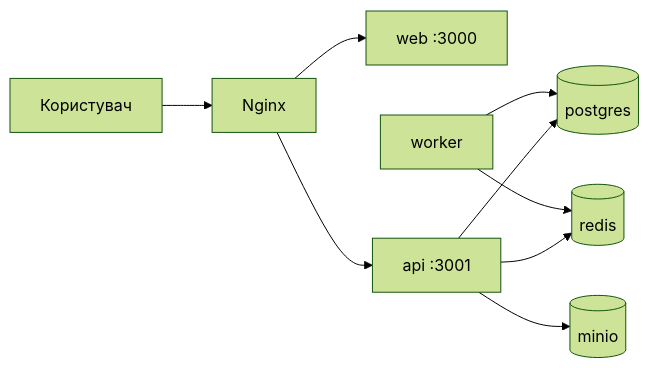
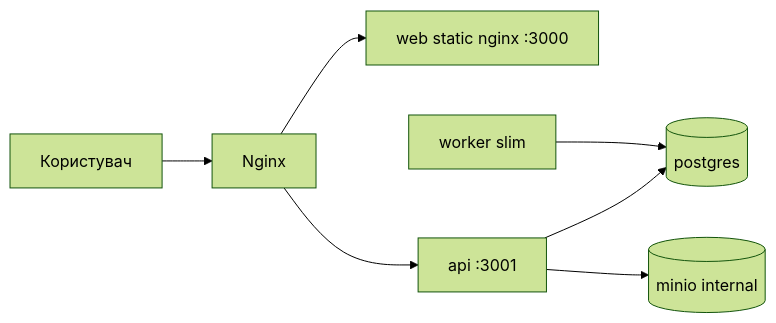
The diagram in SPEC/02-architecture.md (murziksasha/project_DAH), drawn with Mermaid (forest theme) before and after one commit. The commit also changed other lines of this file and 183 other files, not shown here.

````diff
--- a/SPEC/02-architecture.md
+++ b/SPEC/02-architecture.md
@@ -42,11 +42,9 @@
 ```mermaid
 flowchart LR
   User[Користувач] --> Nginx
-  Nginx --> Web[web :3000]
+  Nginx --> Web[web static nginx :3000]
   Nginx --> API[api :3001]
   API --> PG[(postgres)]
-  API --> Redis[(redis)]
-  API --> MinIO[(minio)]
-  Worker[worker] --> Redis
-  Worker --> PG
+  API --> MinIO[(minio internal)]
+  Worker[worker slim] --> PG
 ```
````
